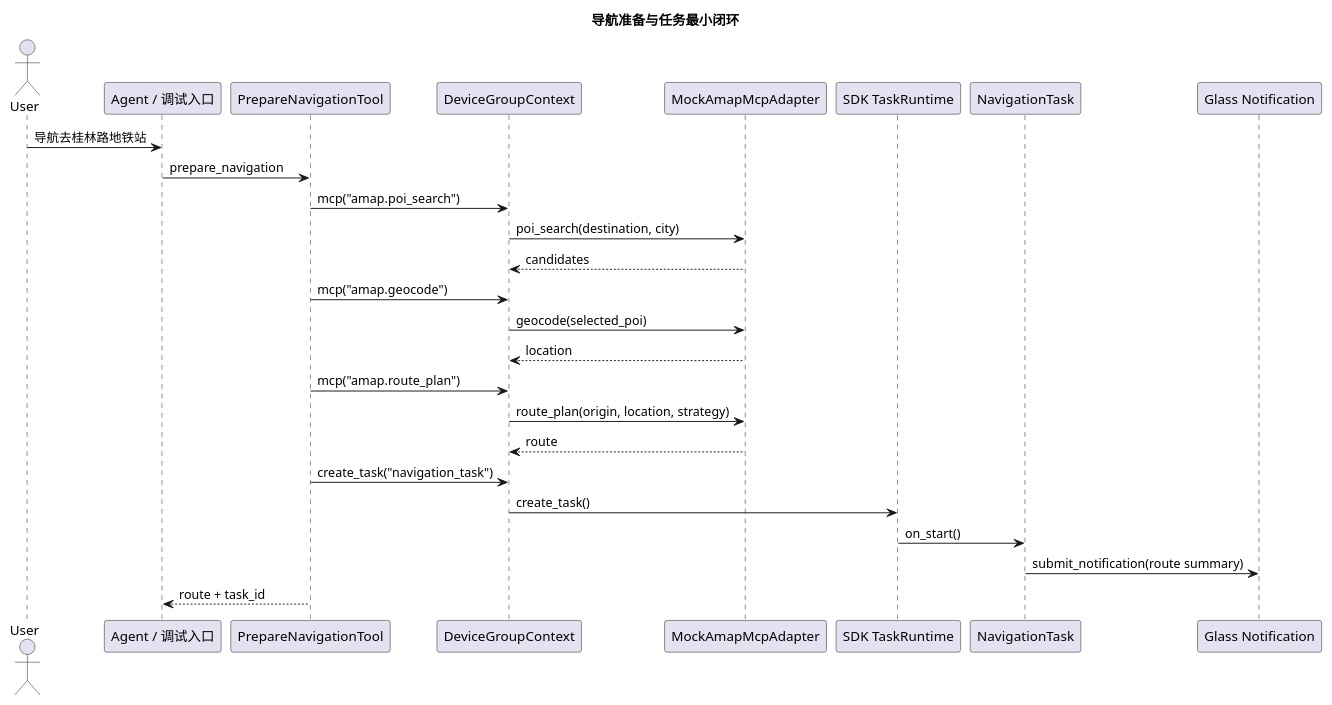
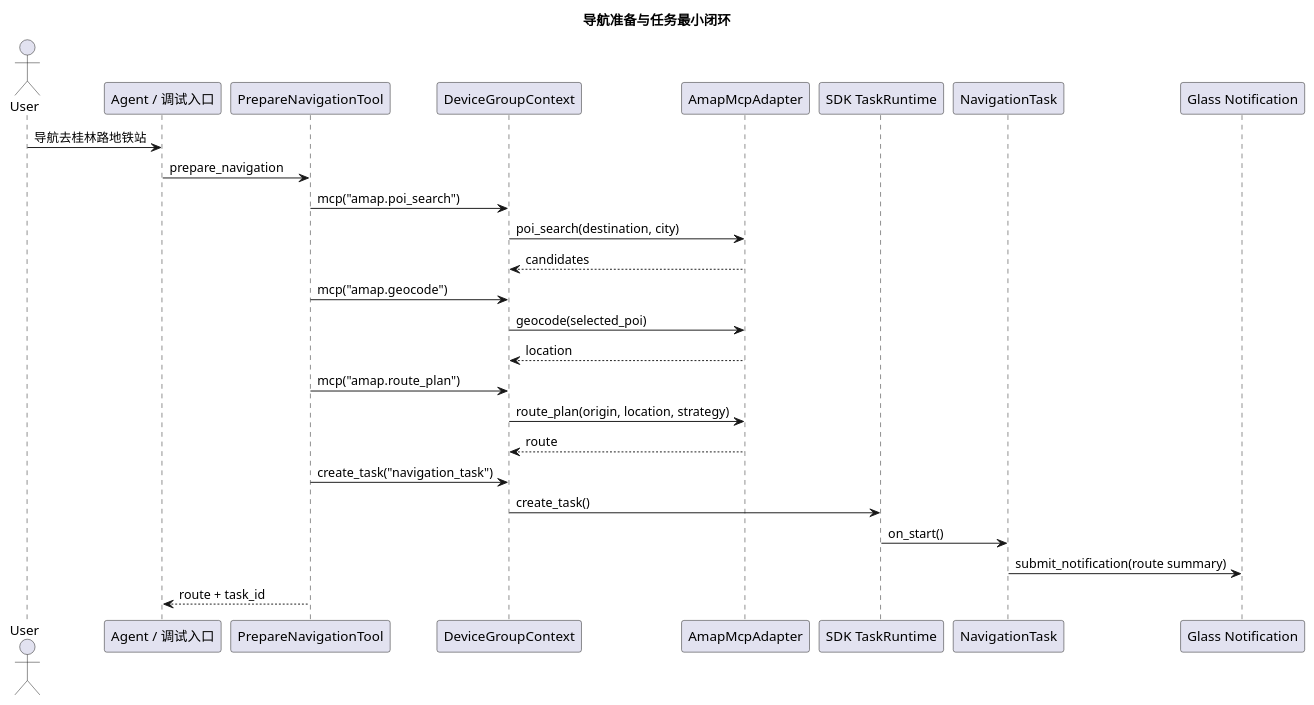
Before and after one commit to HengeLiu/RealtimeAgent: the diagram in openaiglass-for-blind/docs/stage1/develop/Navigation-导航准备与任务最小闭环实施文档.md, drawn with PlantUML. The commit also changed other lines of this file and 24 other files, not shown here.

````diff
--- a/openaiglass-for-blind/docs/stage1/develop/Navigation-导航准备与任务最小闭环实施文档.md
+++ b/openaiglass-for-blind/docs/stage1/develop/Navigation-导航准备与任务最小闭环实施文档.md
@@ -58,32 +65,32 @@
 ```plantuml
 @startuml
 title 导航准备与任务最小闭环
 
 actor User as user
 participant "Agent / 调试入口" as agent
 participant "PrepareNavigationTool" as tool
 participant "DeviceGroupContext" as ctx
-participant "MockAmapMcpAdapter" as amap
+participant "AmapMcpAdapter" as amap
 participant "SDK TaskRuntime" as runtime
 participant "NavigationTask" as task
 participant "Glass Notification" as glass
 
 user -> agent: 导航去桂林路地铁站
 agent -> tool: prepare_navigation
 tool -> ctx: mcp("amap.poi_search")
 ctx -> amap: poi_search(destination, city)
 amap --> ctx: candidates
 tool -> ctx: mcp("amap.geocode")
 ctx -> amap: geocode(selected_poi)
 amap --> ctx: location
 tool -> ctx: mcp("amap.route_plan")
 ctx -> amap: route_plan(origin, location, strategy)
 amap --> ctx: route
 tool -> ctx: create_task("navigation_task")
 ctx -> runtime: create_task()
 runtime -> task: on_start()
 task -> glass: submit_notification(route summary)
 tool --> agent: route + task_id
 
 @enduml
 ```
````
